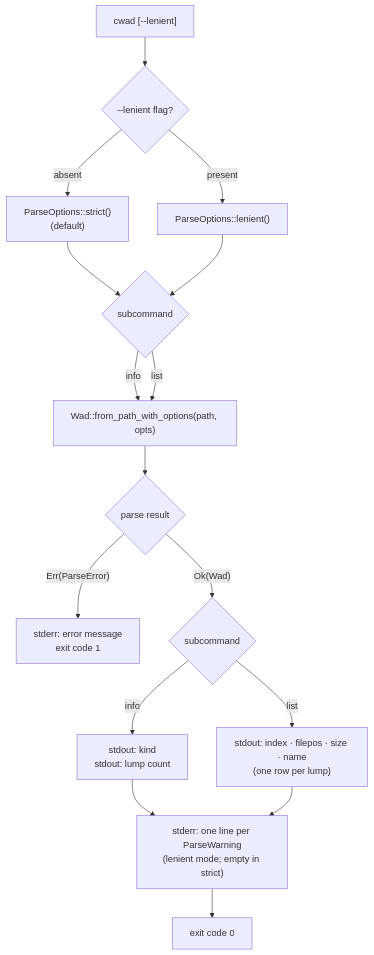
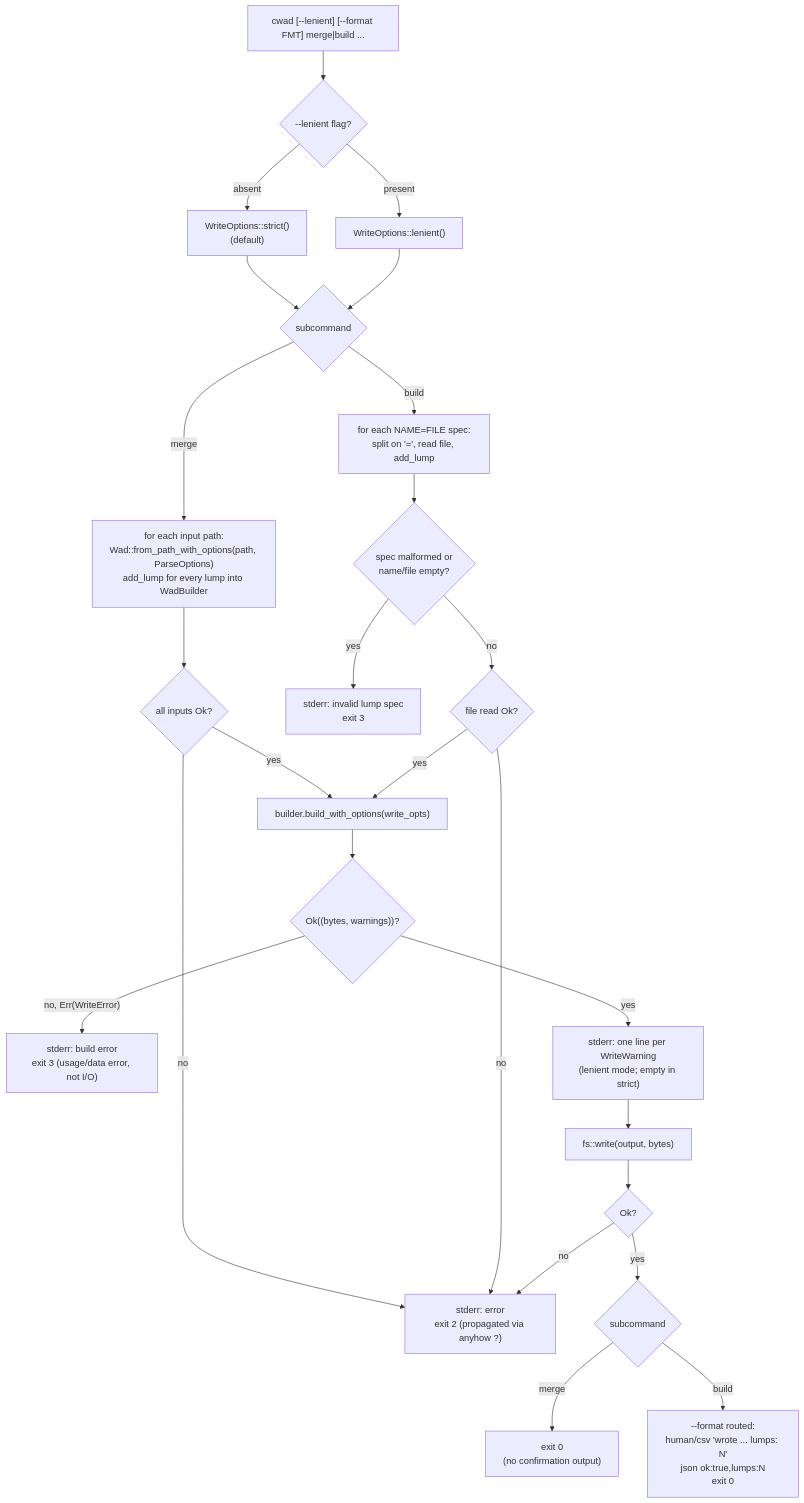
Before and after one commit to masriamir/crustywad: the second of 2 diagrams in docs/diagrams/cli-flow.md, drawn with Mermaid. The commit also changed other lines of this file, not shown here.

First line of the commit message:
fix(docs): split cli-flow.md into read-path and write-path diagrams

````diff
--- a/docs/diagrams/cli-flow.md
+++ b/docs/diagrams/cli-flow.md
@@ -9,25 +59,35 @@
 ```mermaid
 flowchart TD
-    A["cwad [--lenient] <subcommand> <path>"]
+    A["cwad [--lenient] [--format FMT] merge|build ..."]
     B{"--lenient flag?"}
-    C["ParseOptions::strict()\n(default)"]
-    D["ParseOptions::lenient()"]
-
+    C["WriteOptions::strict()\n(default)"]
+    D["WriteOptions::lenient()"]
     A --> B
     B -- "absent" --> C
     B -- "present" --> D
     C & D --> E{"subcommand"}
 
-    E -- "info" --> F["Wad::from_path_with_options(path, opts)"]
-    E -- "list" --> F
+    E -- "merge" --> M1["for each input path:\nWad::from_path_with_options(path, ParseOptions)\nadd_lump for every lump into WadBuilder"]
+    M1 --> M2{"all inputs Ok?"}
+    M2 -- "no" --> ERR2["stderr: error\nexit 2 (propagated via anyhow ?)"]
+    M2 -- "yes" --> BUILD
 
-    F --> G{"parse result"}
-    G -- "Err(ParseError)" --> H["stderr: error message\nexit code 1"]
-    G -- "Ok(Wad)" --> I{"subcommand"}
+    E -- "build" --> B1["for each NAME=FILE spec:\nsplit on '=', read file, add_lump"]
+    B1 --> B2{"spec malformed or\nname/file empty?"}
+    B2 -- "yes" --> ERR3A["stderr: invalid lump spec\nexit 3"]
+    B2 -- "no" --> B3{"file read Ok?"}
+    B3 -- "no" --> ERR2
+    B3 -- "yes" --> BUILD
 
-    I -- "info" --> J["stdout: kind\nstdout: lump count"]
-    I -- "list" --> K["stdout: index · filepos · size · name\n(one row per lump)"]
+    BUILD["builder.build_with_options(write_opts)"]
+    BUILD --> BOK{"Ok((bytes, warnings))?"}
+    BOK -- "no, Err(WriteError)" --> ERR3B["stderr: build error\nexit 3 (usage/data error, not I/O)"]
+    BOK -- "yes" --> WARN["stderr: one line per WriteWarning\n(lenient mode; empty in strict)"]
+    WARN --> WFILE["fs::write(output, bytes)"]
+    WFILE --> WOK{"Ok?"}
+    WOK -- "no" --> ERR2
+    WOK -- "yes" --> DONE{"subcommand"}
 
-    J & K --> L["stderr: one line per ParseWarning\n(lenient mode; empty in strict)"]
-    L --> M["exit code 0"]
+    DONE -- "merge" --> M_EXIT["exit 0\n(no confirmation output)"]
+    DONE -- "build" --> B_EXIT["--format routed:\nhuman/csv 'wrote ... lumps: N'\njson ok:true,lumps:N\nexit 0"]
 ```
````
